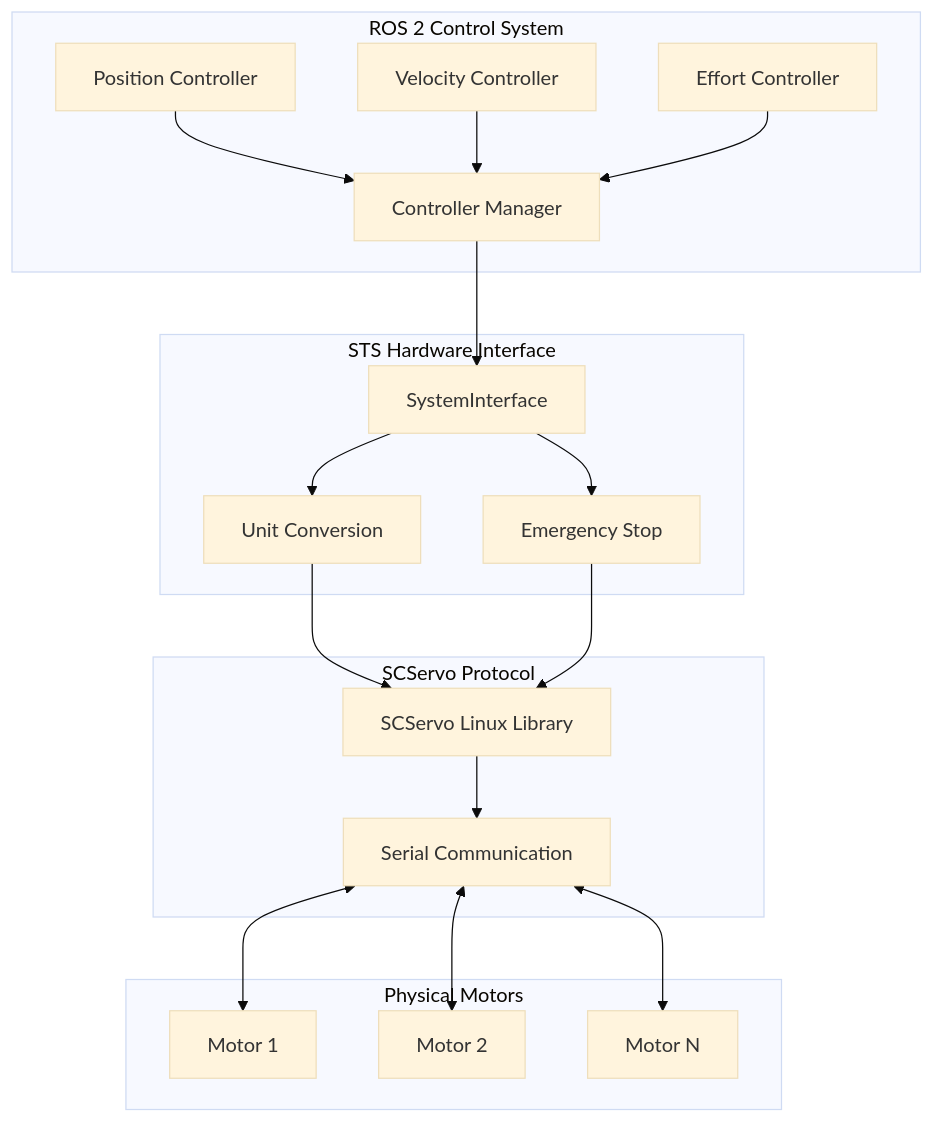
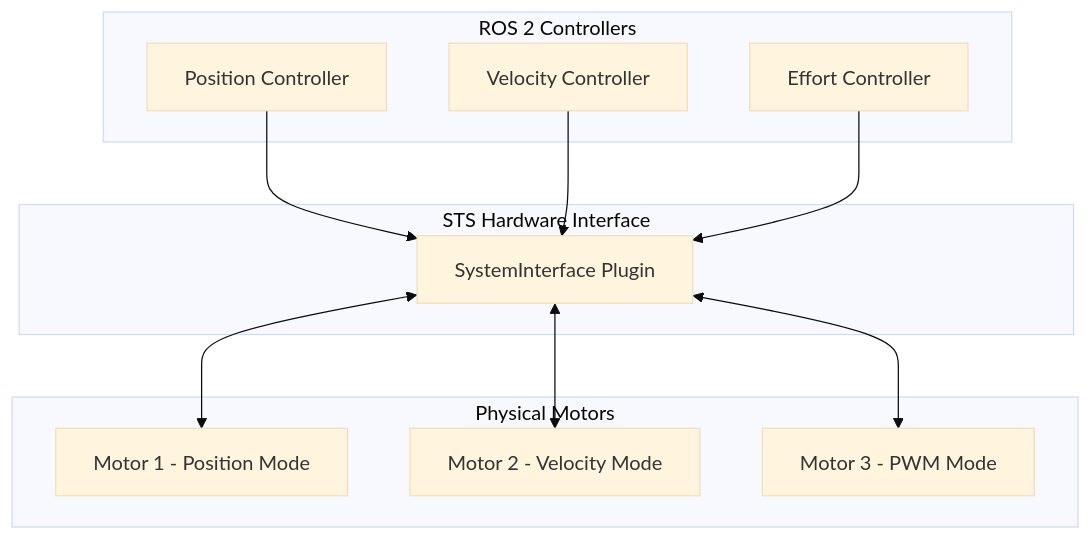
Before and after one commit to adityakamath/sts_hardware_interface: the diagram in docs/architecture.md, drawn with Mermaid (base theme). The commit also changed other lines of this file and 7 other files, not shown here.

````diff
--- a/docs/architecture.md
+++ b/docs/architecture.md
@@ -12,39 +11,25 @@
 ```mermaid
 flowchart TB
-    subgraph ROS2["ROS 2 Control System"]
-        CM[Controller Manager]
+    subgraph ROS2["ROS 2 Controllers"]
         C1[Position Controller]
         C2[Velocity Controller]
         C3[Effort Controller]
     end
 
     subgraph HWI["STS Hardware Interface"]
-        SI[SystemInterface]
-        UC[Unit Conversion]
-        ES[Emergency Stop]
-    end
-
-    subgraph Protocol["SCServo Protocol"]
-        SCSL[SCServo Linux Library]
-        Serial[Serial Communication]
+        SI[SystemInterface Plugin]
     end
 
     subgraph Hardware["Physical Motors"]
-        M1[Motor 1]
-        M2[Motor 2]
-        M3[Motor N]
+        M1[Motor 1 - Position Mode]
+        M2[Motor 2 - Velocity Mode]
+        M3[Motor 3 - PWM Mode]
     end
 
-    CM --> SI
-    C1 --> CM
-    C2 --> CM
-    C3 --> CM
-    SI --> UC
-    SI --> ES
-    UC --> SCSL
-    ES --> SCSL
-    SCSL --> Serial
-    Serial <--> M1
-    Serial <--> M2
-    Serial <--> M3
+    C1 --> SI
+    C2 --> SI
+    C3 --> SI
+    SI <--> M1
+    SI <--> M2
+    SI <--> M3
 ```
````
